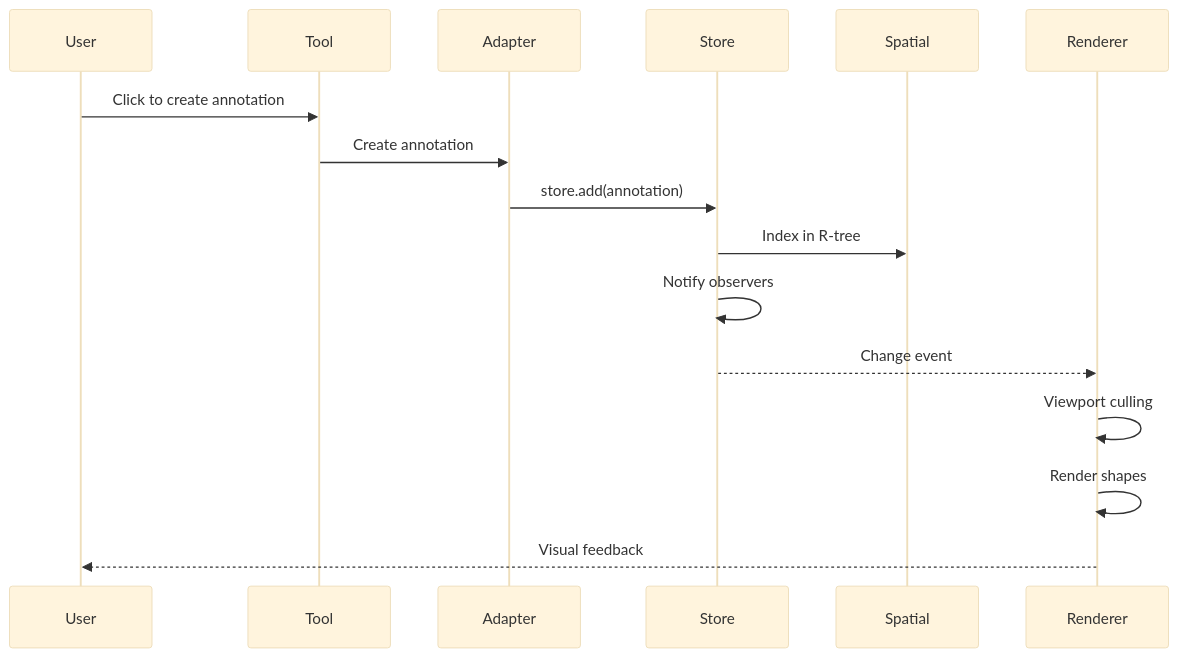
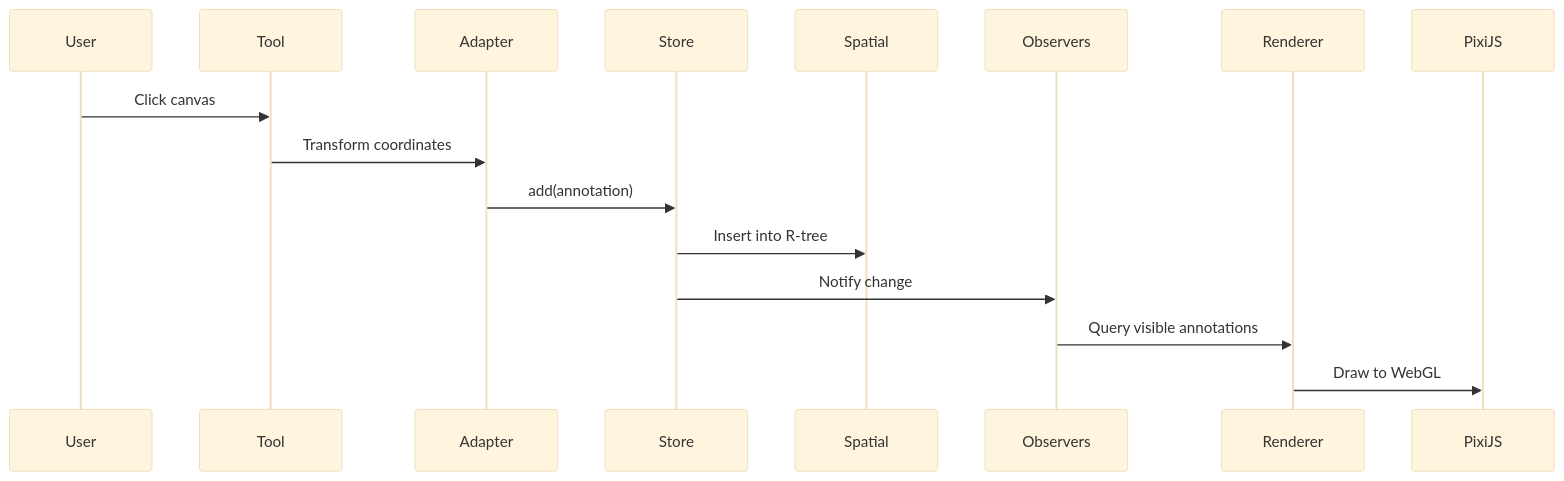
Before and after one commit to bitroc-ai/annota: the second of 4 diagrams in docs/content/docs/architecture.mdx, drawn with Mermaid (base theme). The commit also changed other lines of this file, not shown here.

First line of the commit message:
docs: rewrite architecture page with clean mermaid diagrams

````diff
--- a/docs/content/docs/architecture.mdx
+++ b/docs/content/docs/architecture.mdx
@@ -197,19 +86,10 @@
 ```mermaid
 sequenceDiagram
-    participant User
-    participant Tool
-    participant Adapter
-    participant Store
-    participant Spatial
-    participant Renderer
-
-    User->>Tool: Click to create annotation
-    Tool->>Adapter: Create annotation
-    Adapter->>Store: store.add(annotation)
-    Store->>Spatial: Index in R-tree
-    Store->>Store: Notify observers
-    Store-->>Renderer: Change event
-    Renderer->>Renderer: Viewport culling
-    Renderer->>Renderer: Render shapes
-    Renderer-->>User: Visual feedback
+    User->>Tool: Click canvas
+    Tool->>Adapter: Transform coordinates
+    Adapter->>Store: add(annotation)
+    Store->>Spatial: Insert into R-tree
+    Store->>Observers: Notify change
+    Observers->>Renderer: Query visible annotations
+    Renderer->>PixiJS: Draw to WebGL
 ```
````
